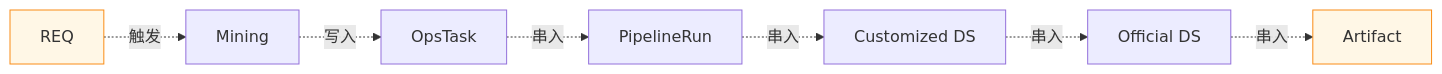
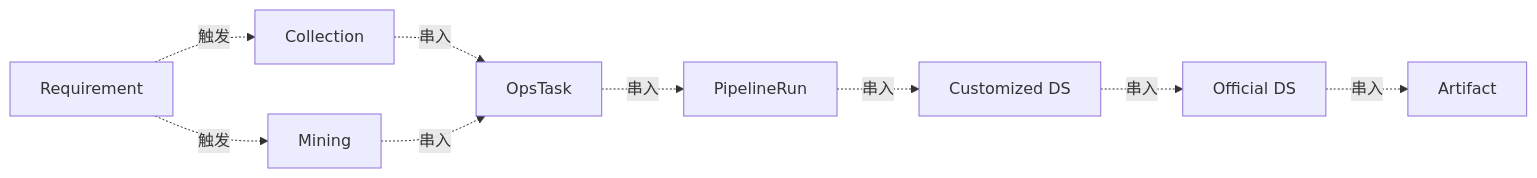
Before and after one commit to gray-cgm/ai-native-data-engine: the fourth of 4 diagrams in docs/architecture/business-flows.md, drawn with Mermaid. The commit also changed other lines of this file and 69 other files, not shown here.

````diff
--- a/docs/architecture/business-flows.md
+++ b/docs/architecture/business-flows.md
@@ -129,10 +163,11 @@
 ```mermaid
 flowchart LR
-    REQ -. 触发 .-> M[Mining] -. 写入 .-> OPS[OpsTask]
+    REQ[Requirement] -. 触发 .-> COL[Collection]
+    REQ -. 触发 .-> MIN[Mining]
+    COL -. 串入 .-> OPS[OpsTask]
+    MIN -. 串入 .-> OPS
     OPS -. 串入 .-> RUN[PipelineRun]
     RUN -. 串入 .-> CDS[Customized DS]
     CDS -. 串入 .-> ODS[Official DS]
     ODS -. 串入 .-> ART[Artifact]
-    style REQ fill:#fff7e6,stroke:#fa8c16
-    style ART fill:#fff7e6,stroke:#fa8c16
 ```
````
